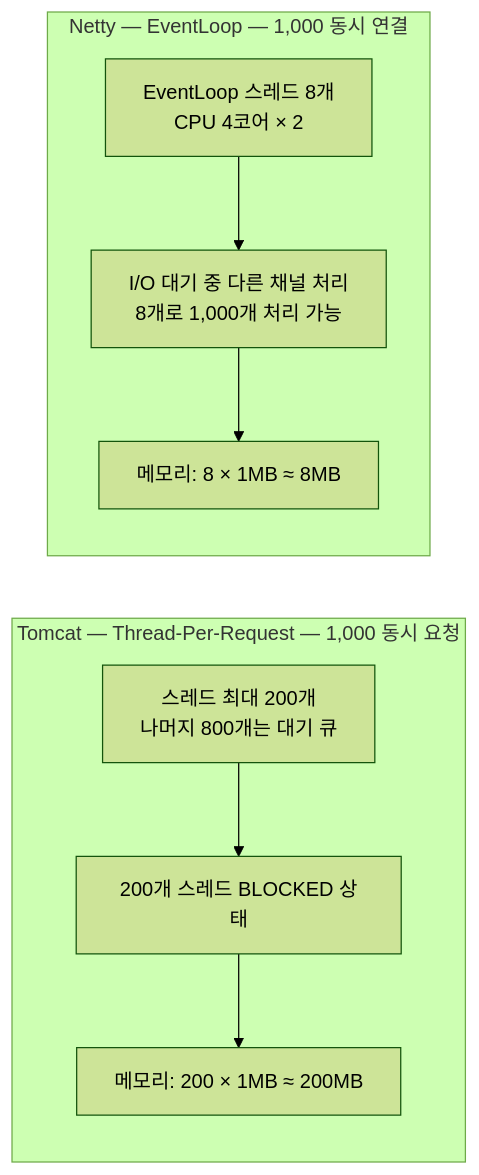
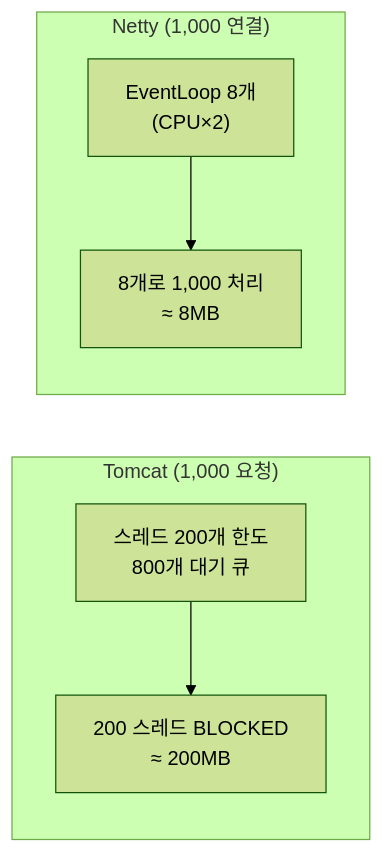
Before and after one commit to yjkim2015/yjkim2015.github.io: the seventh of 7 diagrams in _posts/server/2026-05-01-tomcat-vs-netty.md, drawn with Mermaid (forest theme). The commit also changed 215 other files, not shown here.

First line of the commit message:
신규 포스트 10개 추가 + Mermaid 전면 축소 + SystemDesign 시리즈 보강

````diff
--- a/_posts/server/2026-05-01-tomcat-vs-netty.md
+++ b/_posts/server/2026-05-01-tomcat-vs-netty.md
@@ -221,15 +221,13 @@
 ```mermaid
 graph LR
-    subgraph TOMCAT["Tomcat — Thread-Per-Request — 1,000 동시 요청"]
-        T1["스레드 최대 200개\n나머지 800개는 대기 큐"]
-        T2["200개 스레드 BLOCKED 상태"]
-        T3["메모리: 200 × 1MB ≈ 200MB"]
-        T1 --> T2 --> T3
+    subgraph TOMCAT["Tomcat (1,000 요청)"]
+        T1["스레드 200개 한도\n800개 대기 큐"]
+        T2["200 스레드 BLOCKED\n≈ 200MB"]
     end
-    subgraph NETTY["Netty — EventLoop — 1,000 동시 연결"]
-        N1["EventLoop 스레드 8개\nCPU 4코어 × 2"]
-        N2["I/O 대기 중 다른 채널 처리\n8개로 1,000개 처리 가능"]
-        N3["메모리: 8 × 1MB ≈ 8MB"]
-        N1 --> N2 --> N3
+    subgraph NETTY["Netty (1,000 연결)"]
+        N1["EventLoop 8개\n(CPU×2)"]
+        N2["8개로 1,000 처리\n≈ 8MB"]
     end
+    T1 --> T2
+    N1 --> N2
 ```
````
